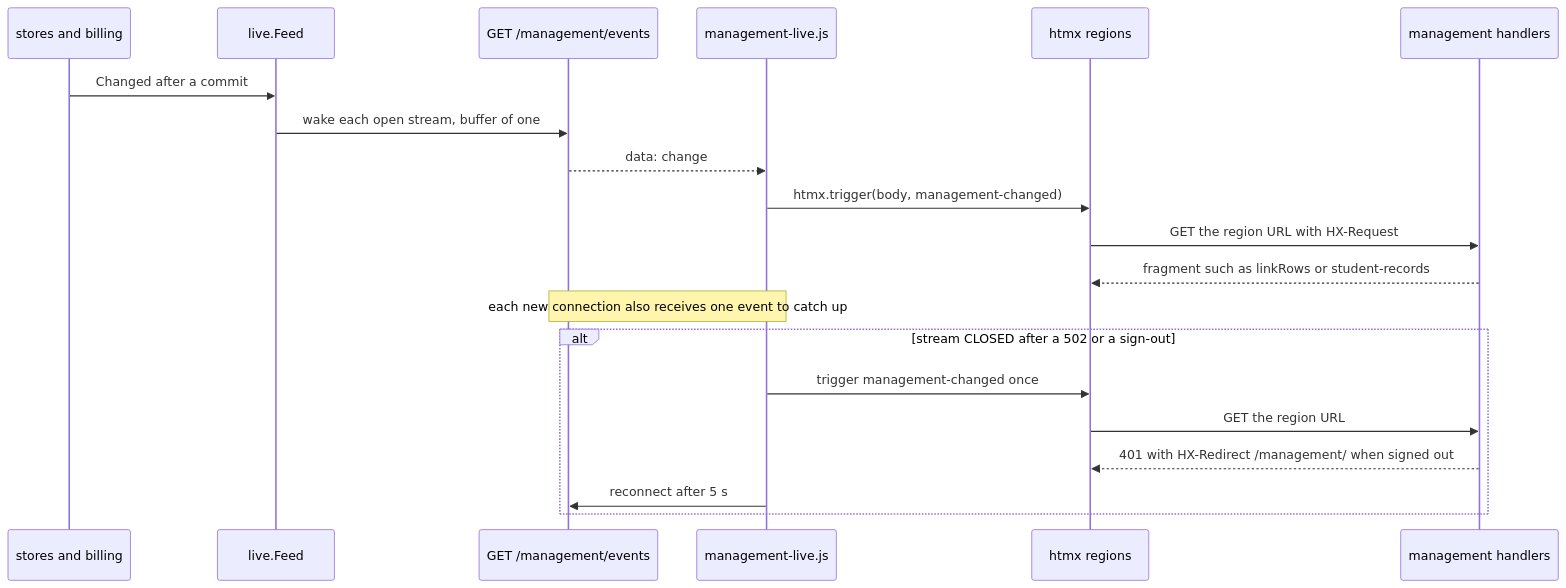
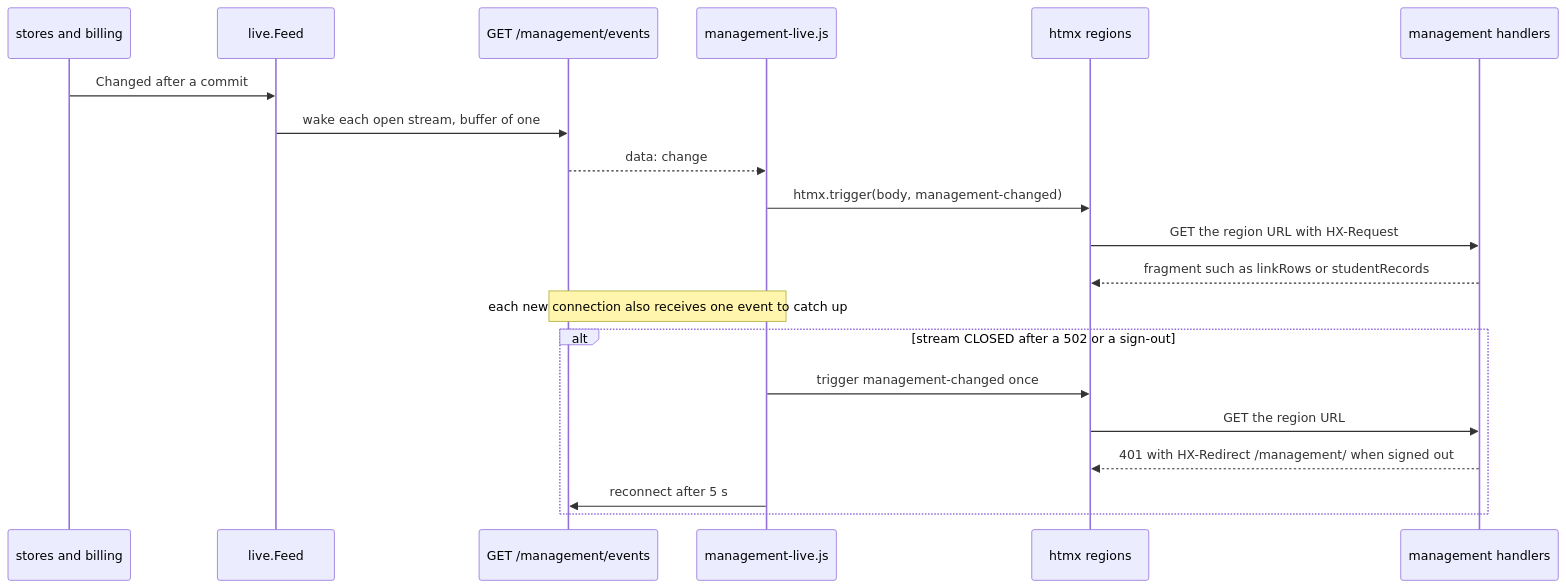
The diagram in docs/frontend.md (devGabriel131/ProjectHermes), drawn with Mermaid before and after one commit. The commit also changed other lines of this file and 14 other files, not shown here.

````diff
--- a/docs/frontend.md
+++ b/docs/frontend.md
@@ -43,22 +43,22 @@
 ```mermaid
 sequenceDiagram
     participant W as stores and billing
     participant F as live.Feed
     participant S as GET /management/events
     participant L as management-live.js
     participant H as htmx regions
     participant A as management handlers
     W->>F: Changed after a commit
     F->>S: wake each open stream, buffer of one
     S-->>L: data: change
     L->>H: htmx.trigger(body, management-changed)
     H->>A: GET the region URL with HX-Request
-    A-->>H: fragment such as linkRows or student-records
+    A-->>H: fragment such as linkRows or studentRecords
     Note over L,S: each new connection also receives one event to catch up
     alt stream CLOSED after a 502 or a sign-out
         L->>H: trigger management-changed once
         H->>A: GET the region URL
         A-->>H: 401 with HX-Redirect /management/ when signed out
         L->>S: reconnect after 5 s
     end
 ```
````
